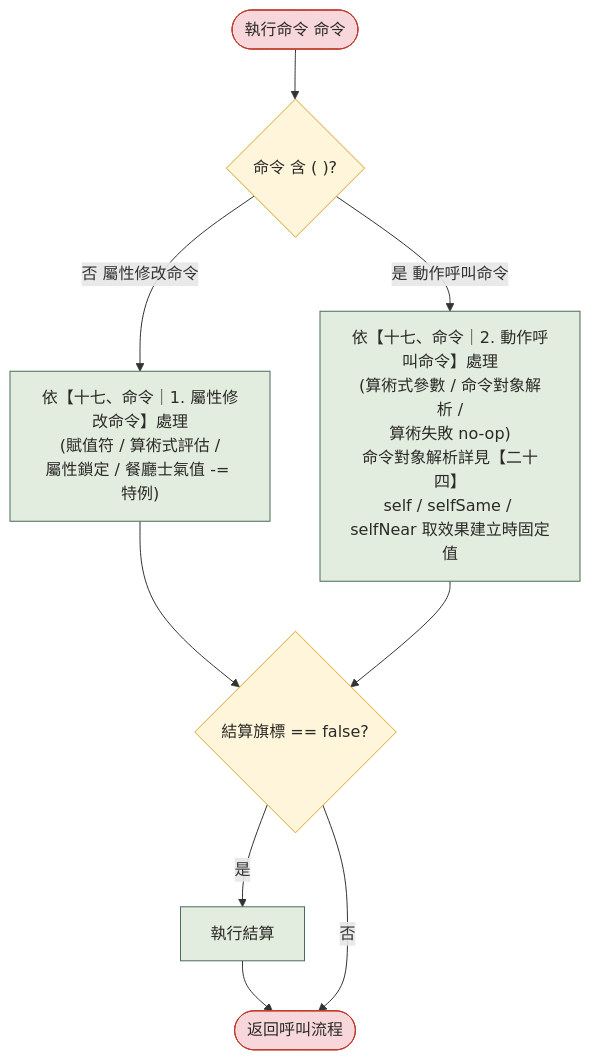
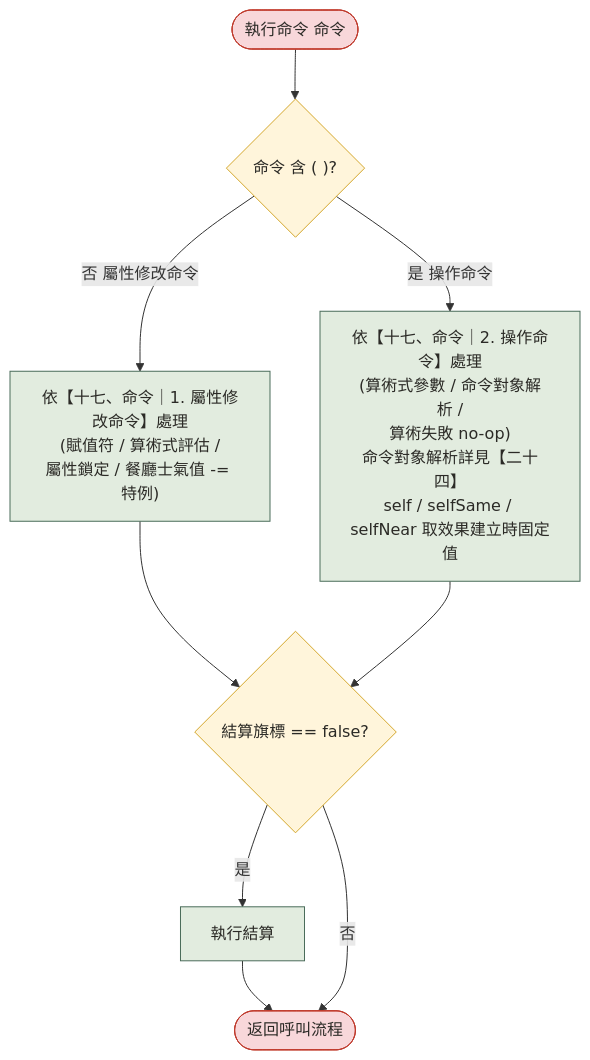
One commit to yinweli/RovingDiner changed the diagram in doc/build-html/mermaid/flow-sub-exec.mmd. Above: the diagram before and after it, drawn with Mermaid. The commit also changed 5 other files, not shown here.

```diff
--- a/doc/build-html/mermaid/flow-sub-exec.mmd
+++ b/doc/build-html/mermaid/flow-sub-exec.mmd
@@ -1,16 +1,16 @@
 flowchart TD
     Start([執行命令 命令]) --> B1{"命令 含 ( )?"}
     B1 -->|否 屬性修改命令| A1["依【十七、命令｜1. 屬性修改命令】處理<br/>(賦值符 / 算術式評估 /<br/>屬性鎖定 / 餐廳士氣值 -= 特例)"]
-    B1 -->|是 動作呼叫命令| A2["依【十七、命令｜2. 動作呼叫命令】處理<br/>(算術式參數 / 命令對象解析 /<br/>算術失敗 no-op)<br/>命令對象解析詳見【二十四】<br/>self / selfSame / selfNear 取效果建立時固定值"]
+    B1 -->|是 操作命令| A2["依【十七、命令｜2. 操作命令】處理<br/>(算術式參數 / 命令對象解析 /<br/>算術失敗 no-op)<br/>命令對象解析詳見【二十四】<br/>self / selfSame / selfNear 取效果建立時固定值"]
     A1 --> B2{"結算旗標 == false?"}
     A2 --> B2
     B2 -->|是| A3["執行結算"]
     A3 --> End([返回呼叫流程])
     B2 -->|否| End
 
     class Start,End terminal
     class A1,A2,A3 action
     class B1,B2 decision
     classDef action fill:#e2ecdf,stroke:#4a6c5a,color:#2b2a26
     classDef decision fill:#fff5db,stroke:#d4a72c,color:#2b2a26
     classDef terminal fill:#f8d7da,stroke:#c0392b,color:#2b2a26
```
